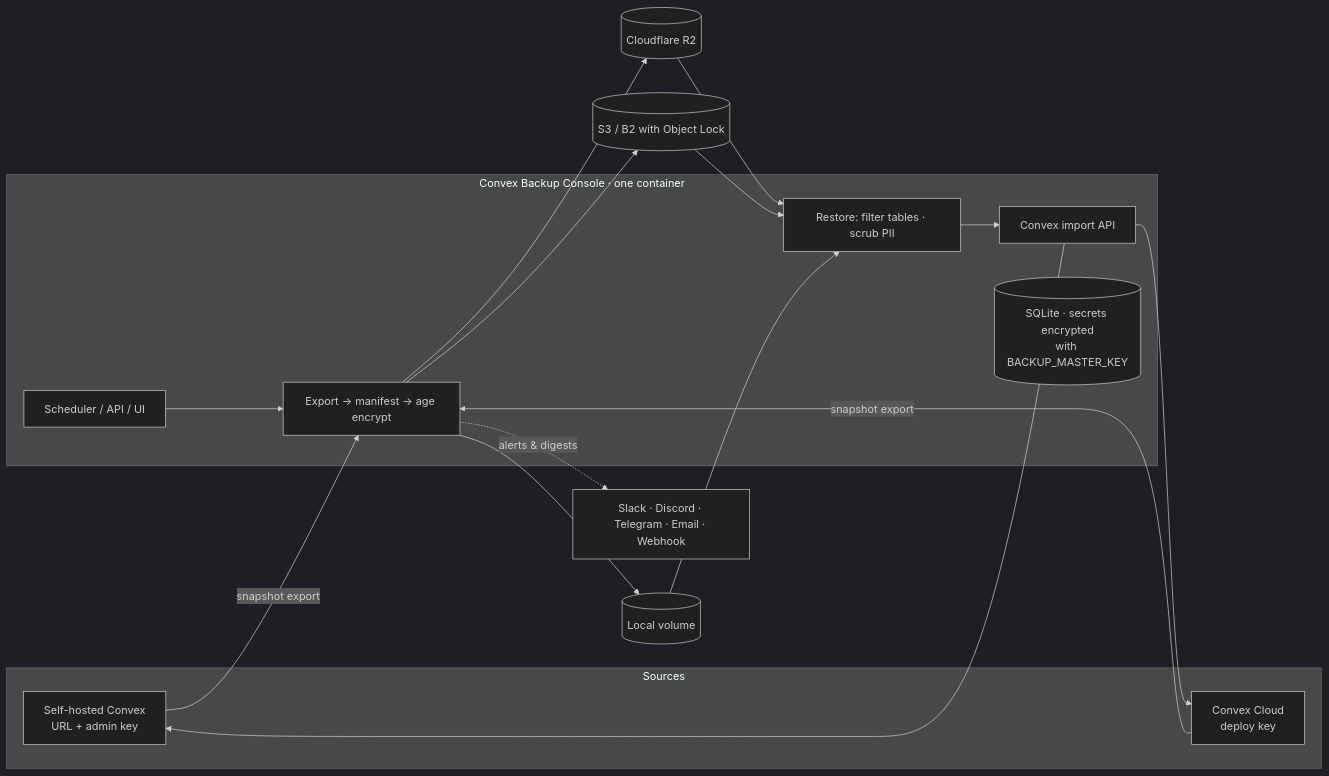
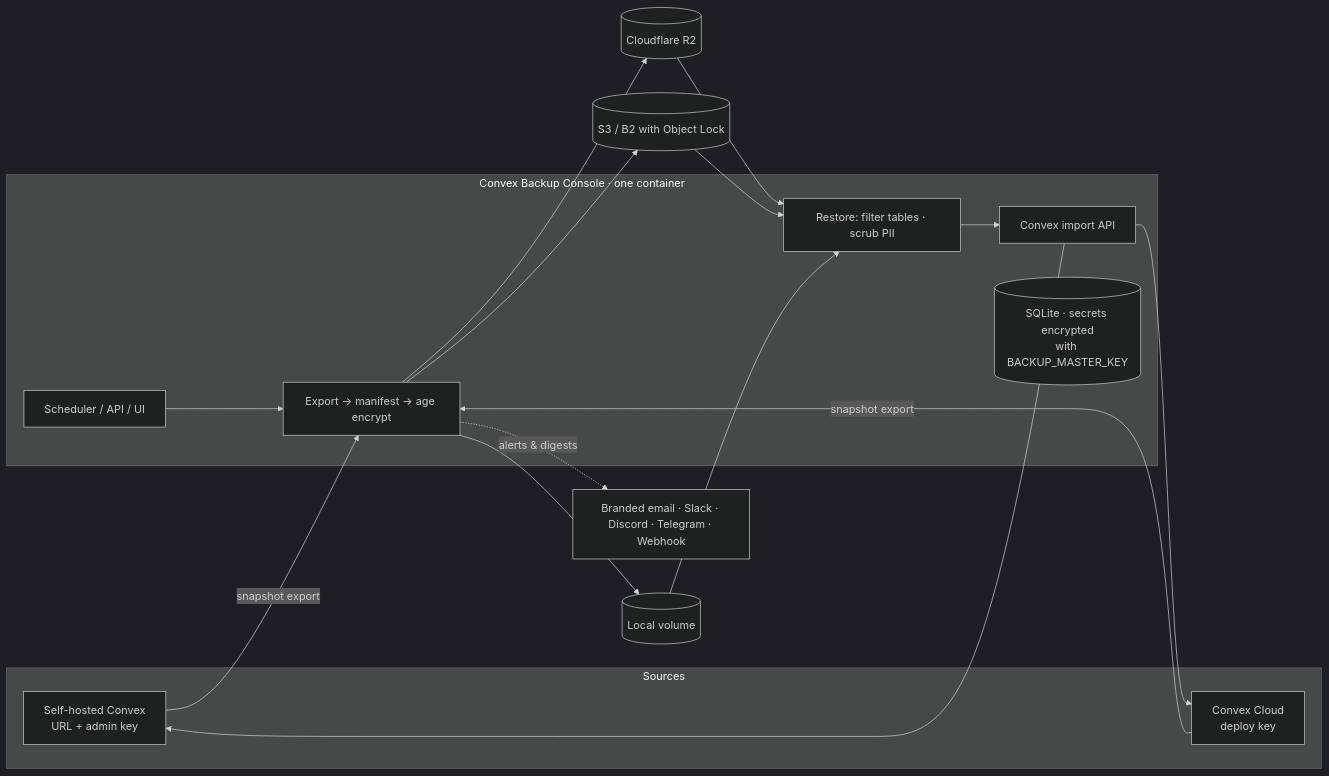
One commit to flyingwebie/convex-backup-console changed the diagram in README.md. Above: the diagram before and after it, drawn with Mermaid (dark theme). The commit also changed other lines of this file and 191 other files, not shown here.

````diff
--- a/README.md
+++ b/README.md
@@ -133,19 +137,19 @@
 ```mermaid
 flowchart LR
   subgraph Sources
     SH[Self-hosted Convex<br/>URL + admin key]
     CC[Convex Cloud<br/>deploy key]
   end
   subgraph Console[Convex Backup Console · one container]
     S[Scheduler / API / UI] --> X[Export → manifest → age encrypt]
     R[Restore: filter tables · scrub PII] --> I[Convex import API]
     DB[(SQLite · secrets encrypted<br/>with BACKUP_MASTER_KEY)]
   end
   SH & CC -- snapshot export --> X
   X --> D1[(Cloudflare R2)]
   X --> D2[(S3 / B2 with Object Lock)]
   X --> D3[(Local volume)]
   D1 & D2 & D3 --> R
   I --> SH & CC
-  X -. alerts & digests .-> N[Slack · Discord · Telegram · Email · Webhook]
+  X -. alerts & digests .-> N[Branded email · Slack · Discord · Telegram · Webhook]
 ```
````
